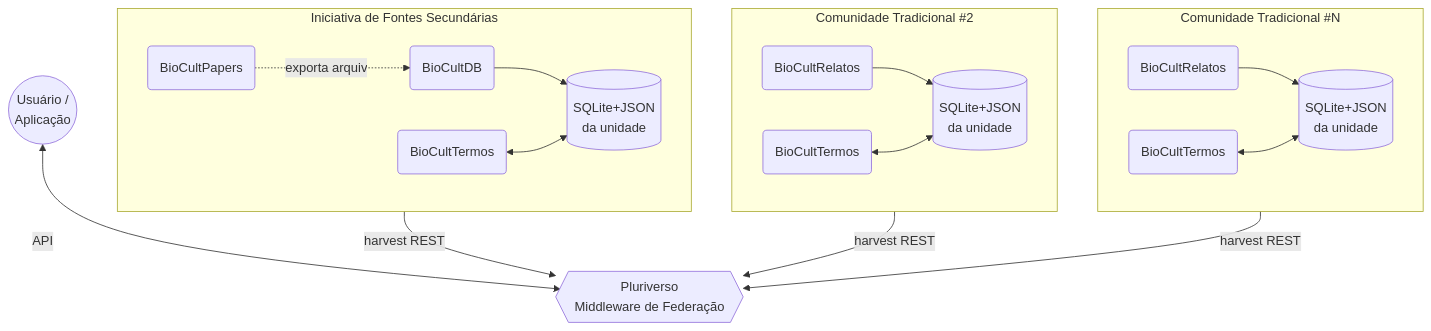
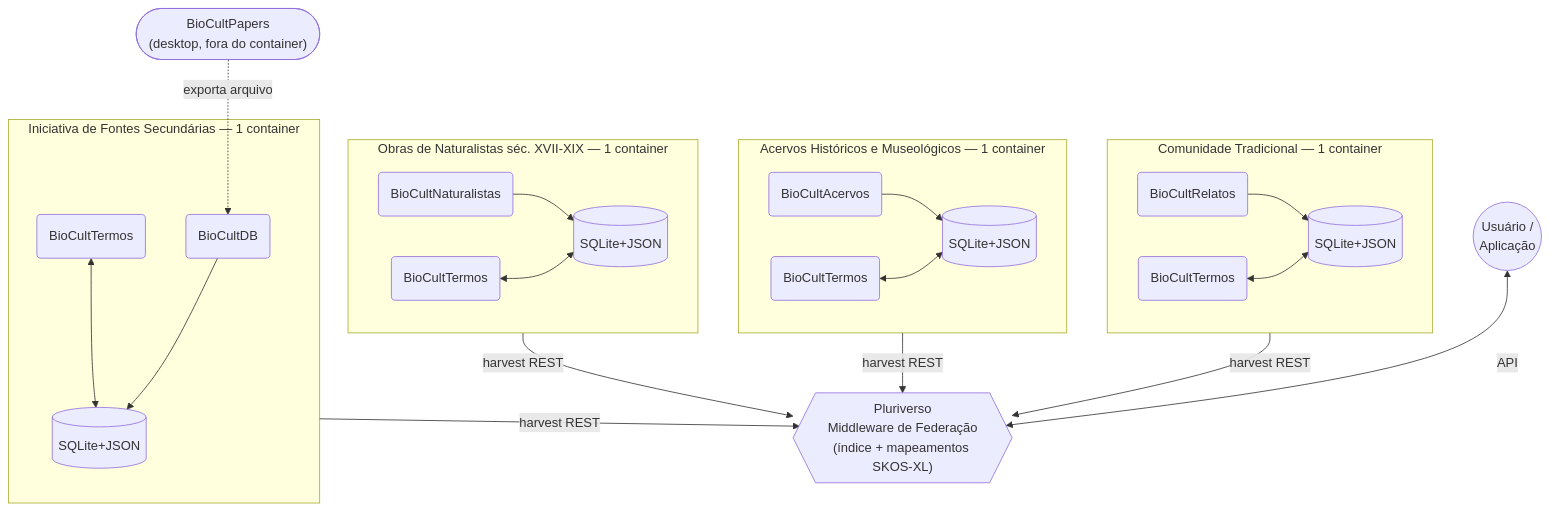
One commit to edalcin/pluriverso changed the diagram in README.md. Above: the diagram before and after it, drawn with Mermaid. The commit also changed other lines of this file, not shown here.

Commit message:
docs: alinha federacao a arquitetura v3.2 e adiciona fluxo de inscricao (ADR-006)

````diff
--- a/README.md
+++ b/README.md
@@ -23,29 +23,35 @@
 ```mermaid
 graph TD
-    subgraph I1["Iniciativa de Fontes Secundárias"]
-        I1DB[(SQLite+JSON\nda unidade)]
-        I1A(BioCultDB) --> I1DB
-        I1B(BioCultPapers) -.exporta arquivo.-> I1A
-        I1C(BioCultTermos) <--> I1DB
+    I1P(["BioCultPapers\n(desktop, fora do container)"])
+
+    subgraph I1["Iniciativa de Fontes Secundárias — 1 container"]
+        I1A(BioCultDB) --> I1S[(SQLite+JSON)]
+        I1C(BioCultTermos) <--> I1S
     end
 
-    subgraph C2["Comunidade Tradicional #2"]
-        C2DB[(SQLite+JSON\nda unidade)]
-        C2A(BioCultRelatos) --> C2DB
-        C2B(BioCultTermos) <--> C2DB
+    I1P -.->|"exporta arquivo"| I1A
+
+    subgraph C2["Comunidade Tradicional — 1 container"]
+        C2A(BioCultRelatos) --> C2S[(SQLite+JSON)]
+        C2B(BioCultTermos) <--> C2S
     end
 
-    subgraph C3["Comunidade Tradicional #N"]
-        C3DB[(SQLite+JSON\nda unidade)]
-        C3A(BioCultRelatos) --> C3DB
-        C3B(BioCultTermos) <--> C3DB
+    subgraph AC["Acervos Históricos e Museológicos — 1 container"]
+        ACA(BioCultAcervos) --> ACS[(SQLite+JSON)]
+        ACB(BioCultTermos) <--> ACS
     end
 
-    PL{{"Pluriverso\nMiddleware de Federação"}}
+    subgraph NA["Obras de Naturalistas séc. XVII-XIX — 1 container"]
+        NAA(BioCultNaturalistas) --> NAS[(SQLite+JSON)]
+        NAB(BioCultTermos) <--> NAS
+    end
+
+    PL{{"Pluriverso\nMiddleware de Federação\n(índice + mapeamentos SKOS-XL)"}}
     U((Usuário /\nAplicação))
 
     I1 -->|harvest REST| PL
     C2 -->|harvest REST| PL
-    C3 -->|harvest REST| PL
+    AC -->|harvest REST| PL
+    NA -->|harvest REST| PL
     U <-->|API| PL
 ```
````
